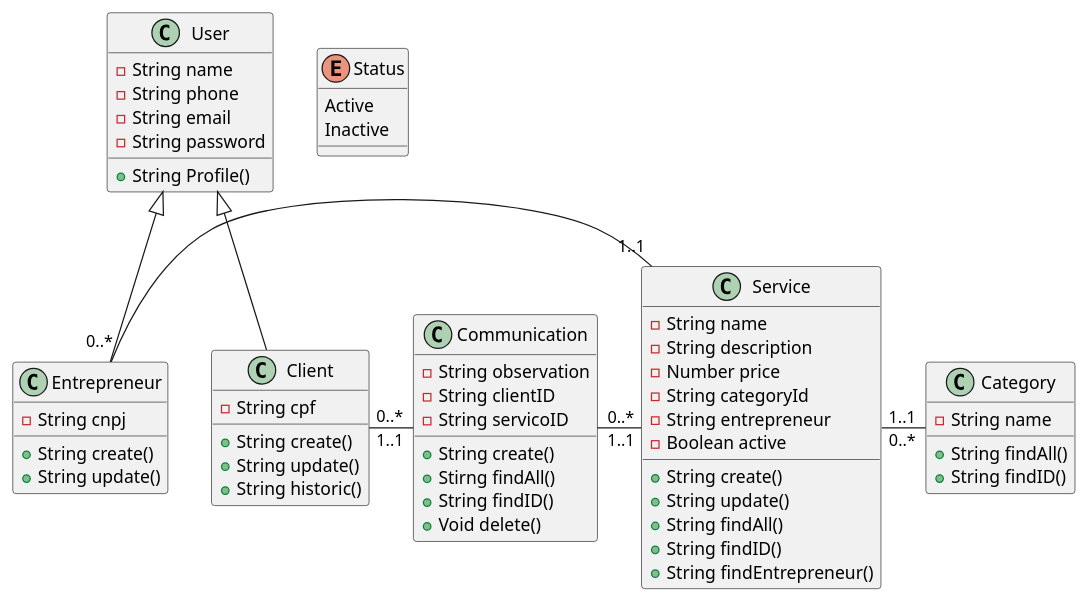
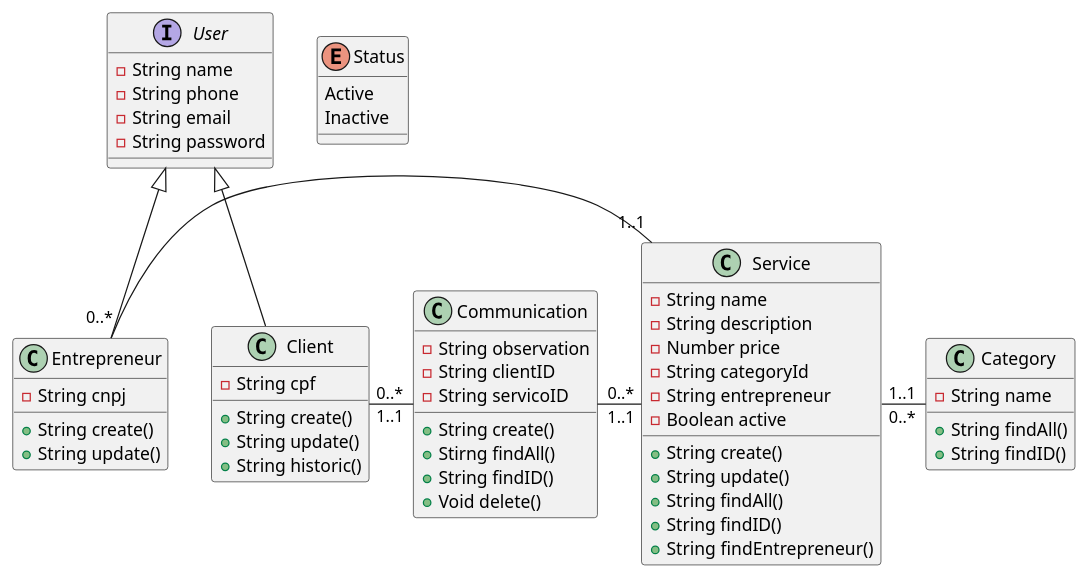
Before and after one commit to LeonardoCamilo10/API-SERVICE-BACK-END: the diagram in c4builder-API-SERVICE/src/Diagram-Class/class.puml, drawn with PlantUML. The commit also changed 2 other files, not shown here.

```diff
--- a/c4builder-API-SERVICE/src/Diagram-Class/class.puml
+++ b/c4builder-API-SERVICE/src/Diagram-Class/class.puml
@@ -1,70 +1,68 @@
 @startuml DiagramClass
-    class User {
+    interface User {
       -String name
       -String phone
       -String email
       -String password
-
-      +String Profile()
     }
 
     class Entrepreneur extends User {
       -String cnpj
       +String create()
       +String update()
     }
 
     class Client extends User {
       -String cpf
       +String create()
       +String update()
       +String historic()
     }
 
 
     class Service {
       -String name
       -String description
       -Number price
       -String categoryId
       -String entrepreneur
       -Boolean active
 
       +String create()
       +String update()
       +String findAll()
       +String findID()
       +String findEntrepreneur()
     }
 
     Entrepreneur "0..*" - "1..1" Service
 
     enum Status{
       Active
       Inactive
     }
 
     class Category {
       -String name
 
       +String findAll()
       +String findID()
     }
 
     Service "1..1" - "0..*" Category
 
     class Communication{
       -String observation 
       -String clientID
       -String servicoID
 
       +String create()
       +Stirng findAll()
       +String findID()
       +Void delete()
     }
 
     Client "0..*" - "1..1" Communication
     Communication "0..*" - "1..1" Service
     
 @enduml
```
